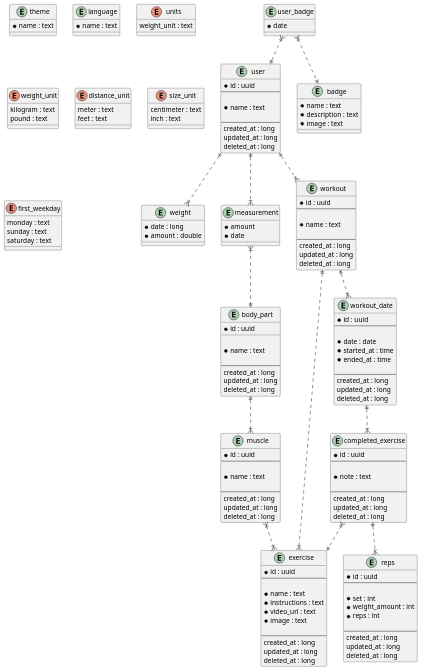
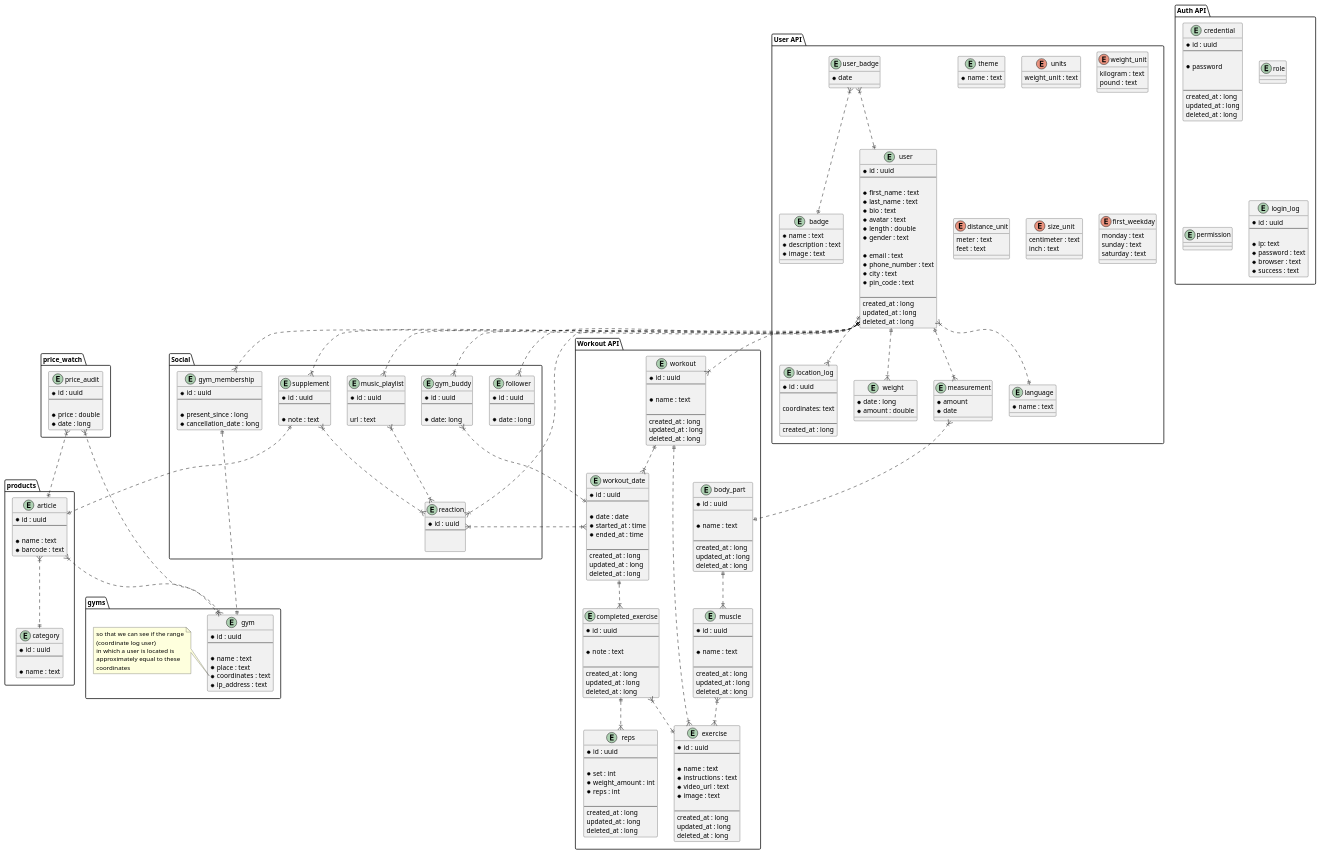
Before and after one commit to fitnessstack/web-service: the diagram in erd.puml, drawn with PlantUML. The commit also changed 6 other files, not shown here.

Commit message:
#11 more entities & erd update

```diff
--- a/erd.puml
+++ b/erd.puml
@@ -1,150 +1,322 @@
 @startuml
-entity user {
-    * id : uuid
-    --
+package "price_watch" {
+    entity price_audit {
+        * id : uuid
+        --
 
-    * name : text
+        * price : double
+        * date : long
+    }
+}
+package "products" {
+    entity article {
+        * id : uuid
+        --
 
-    --
-    created_at : long
-    updated_at : long
-    deleted_at : long
-}
-entity weight {
-    * date : long
-    * amount : double
-}
-entity measurement {
-    * amount
-    * date
-}
-entity user_badge {
-    * date
-}
-entity badge {
-    * name : text
-    * description : text
-    * image : text
-}
-entity theme {
-    * name : text
-}
-entity language {
-    * name : text
-}
-enum units {
-    weight_unit : text
-}
-enum weight_unit {
-    kilogram : text
-    pound : text
-}
-enum distance_unit {
-    meter : text
-    feet : text
-}
-enum size_unit {
-    centimeter : text
-    inch : text
-}
-enum first_weekday {
-    monday : text
-    sunday : text
-    saturday : text
-}
-entity workout {
-    * id : uuid
-    --
+        * name : text
+        * barcode : text
+    }
+    entity category {
+        * id : uuid
+        --
 
-    * name : text
-
-    --
-    created_at : long
-    updated_at : long
-    deleted_at : long
+        * name : text
+    }
 }
 
-entity workout_date {
-    * id : uuid
-    --
+package "gyms" {
+     entity gym {
+        * id : uuid
+        --
 
-    * date : date
-    * started_at : time
-    * ended_at : time
-
-    --
-    created_at : long
-    updated_at : long
-    deleted_at : long
-}
-entity completed_exercise {
-    * id : uuid
-    --
-
-    * note : text
-
-    --
-    created_at : long
-    updated_at : long
-    deleted_at : long
-}
-entity exercise {
-    * id : uuid
-    --
-
-    * name : text
-    * instructions : text
-    * video_url : text
-    * image : text
-
-    --
-    created_at : long
-    updated_at : long
-    deleted_at : long
+        * name : text
+        * place : text
+        * coordinates : text
+        * ip_address : text
+    }
+    note left of gym::coordinates
+        so that we can see if the range
+        (coordinate log user)
+        in which a user is located is
+        approximately equal to these
+        coordinates
+    end note
 }
 
-entity muscle {
-    * id : uuid
-    --
+package "Social" {
+    entity music_playlist {
+        * id : uuid
+        --
 
-    * name : text
+        url : text
+    }
+    entity gym_membership {
+        * id : uuid
+        --
 
-    --
-    created_at : long
-    updated_at : long
-    deleted_at : long
+        * present_since : long
+        * cancellation_date : long
+    }
+    entity supplement {
+        * id : uuid
+        --
+
+        * note : text
+    }
+    entity follower {
+        * id : uuid
+        --
+
+        * date : long
+    }
+
+    entity gym_buddy {
+        * id : uuid
+        --
+
+        * date: long
+    }
+
+    entity reaction {
+        * id : uuid
+        --
+
+
+    }
 }
-entity reps {
-    * id : uuid
-    --
 
-    * set : int
-    * weight_amount : int
-    * reps : int
 
-    --
-    created_at : long
-    updated_at : long
-    deleted_at : long
+package "Auth API" {
+    entity credential {
+        * id : uuid
+        --
+
+        * password
+
+
+        --
+        created_at : long
+        updated_at : long
+        deleted_at : long
+    }
+    entity role {
+
+    }
+    entity permission {
+
+    }
+
+    entity login_log {
+        * id : uuid
+        --
+
+        * ip: text
+        * password : text
+        * browser : text
+        * success : text
+    }
 }
-entity body_part {
-    * id : uuid
-    __
 
-    * name : text
 
-    --
-    created_at : long
-    updated_at : long
-    deleted_at : long
+package "User API" {
+    entity location_log {
+        * id : uuid
+        --
+
+        coordinates: text
+
+        --
+        created_at : long
+    }
+    entity user {
+        * id : uuid
+        --
+
+        * first_name : text
+        * last_name : text
+        * bio : text
+        * avatar : text
+        * length : double
+        * gender : text
+
+        * email : text
+        * phone_number : text
+        * city : text
+        * pin_code : text
+
+        --
+        created_at : long
+        updated_at : long
+        deleted_at : long
+    }
+    entity weight {
+        * date : long
+        * amount : double
+    }
+    entity measurement {
+        * amount
+        * date
+    }
+    entity user_badge {
+        * date
+    }
+    entity badge {
+        * name : text
+        * description : text
+        * image : text
+    }
+    entity theme {
+        * name : text
+    }
+    entity language {
+        * name : text
+    }
+    enum units {
+        weight_unit : text
+    }
+    enum weight_unit {
+        kilogram : text
+        pound : text
+    }
+    enum distance_unit {
+        meter : text
+        feet : text
+    }
+    enum size_unit {
+        centimeter : text
+        inch : text
+    }
+    enum first_weekday {
+        monday : text
+        sunday : text
+        saturday : text
+    }
 }
+package "Workout API"{
+    entity workout {
+        * id : uuid
+        --
+
+        * name : text
+
+        --
+        created_at : long
+        updated_at : long
+        deleted_at : long
+    }
+
+    entity workout_date {
+        * id : uuid
+        --
+
+        * date : date
+        * started_at : time
+        * ended_at : time
+
+        --
+        created_at : long
+        updated_at : long
+        deleted_at : long
+    }
+    entity completed_exercise {
+        * id : uuid
+        --
+
+        * note : text
+
+        --
+        created_at : long
+        updated_at : long
+        deleted_at : long
+    }
+    entity exercise {
+        * id : uuid
+        --
+
+        * name : text
+        * instructions : text
+        * video_url : text
+        * image : text
+
+        --
+        created_at : long
+        updated_at : long
+        deleted_at : long
+    }
+
+    entity muscle {
+        * id : uuid
+        --
+
+        * name : text
+
+        --
+        created_at : long
+        updated_at : long
+        deleted_at : long
+    }
+    entity reps {
+        * id : uuid
+        --
+
+        * set : int
+        * weight_amount : int
+        * reps : int
+
+        --
+        created_at : long
+        updated_at : long
+        deleted_at : long
+    }
+    entity body_part {
+        * id : uuid
+        __
+
+        * name : text
+
+        --
+        created_at : long
+        updated_at : long
+        deleted_at : long
+    }
+}
+'PriceWatch
+price_audit }|..|| gym
+price_audit }|..|| article
+
+'Gym
+
+'Product
+article }|..|| category
+article }|..|{ gym
+
+'Social
+user ||..|{ follower
+user ||..|{ gym_buddy
+user ||..|{ supplement
+user ||..|{ reaction
+user ||..|{ music_playlist
+music_playlist }|..|{ reaction
+workout_date }|..|{ reaction
+supplement }|..|{ reaction
+supplement ||..|| article
+gym_buddy }|..|| workout_date
+gym_membership ||..|| gym
+gym_membership }|..|| user
+
+'User
+user }|..|| language
 user ||..|{ measurement
+user ||..|{ weight
+user ||..|{ workout
+user ||..|{ location_log
+
 measurement }|..|| body_part
 body_part ||..|{ muscle
-user ||..|{ weight
+
 user_badge }|..|| badge
 user_badge }|..|| user
-user ||..|{ workout
+
 workout ||..|{ workout_date
 workout ||..|{ exercise
 workout_date ||..|{ completed_exercise
```
